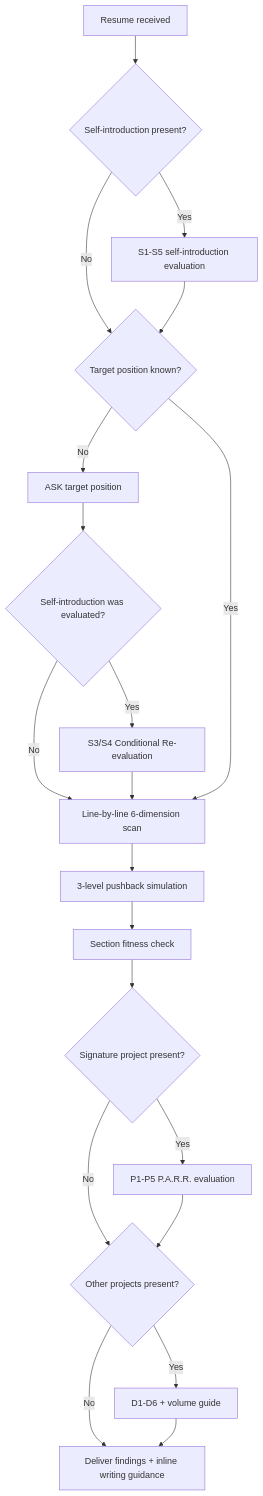
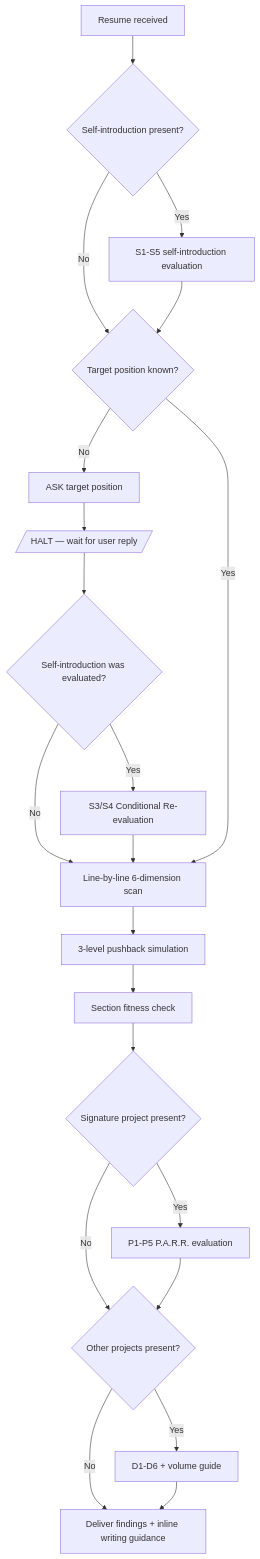
The first of 3 diagrams in projects/toongri.github.io/skills/review-resume/SKILL.md (toongri/oh-my-toong-playground), drawn with Mermaid before and after one commit. The commit also changed other lines of this file and 1 other file, not shown here.

````diff
--- a/projects/toongri.github.io/skills/review-resume/SKILL.md
+++ b/projects/toongri.github.io/skills/review-resume/SKILL.md
@@ -22,22 +22,23 @@
 ```mermaid
 flowchart TB
     A[Resume received] --> B{Self-introduction present?}
     B -->|Yes| C[S1-S5 self-introduction evaluation]
     B -->|No| D{Target position known?}
     C --> D
     D -->|No| E[ASK target position]
-    E --> F2{Self-introduction was evaluated?}
+    E --> E2[/HALT — wait for user reply/]
+    E2 --> F2{Self-introduction was evaluated?}
     F2 -->|Yes| F[S3/S4 Conditional Re-evaluation]
     F2 -->|No| G
     F --> G[Line-by-line 6-dimension scan]
     D -->|Yes| G
     G --> H[3-level pushback simulation]
     H --> I[Section fitness check]
     I --> J{Signature project present?}
     J -->|Yes| K[P1-P5 P.A.R.R. evaluation]
     J -->|No| L{Other projects present?}
     K --> L
     L -->|Yes| M[D1-D6 + volume guide]
     L -->|No| N[Deliver findings + inline writing guidance]
     M --> N
 ```
````
